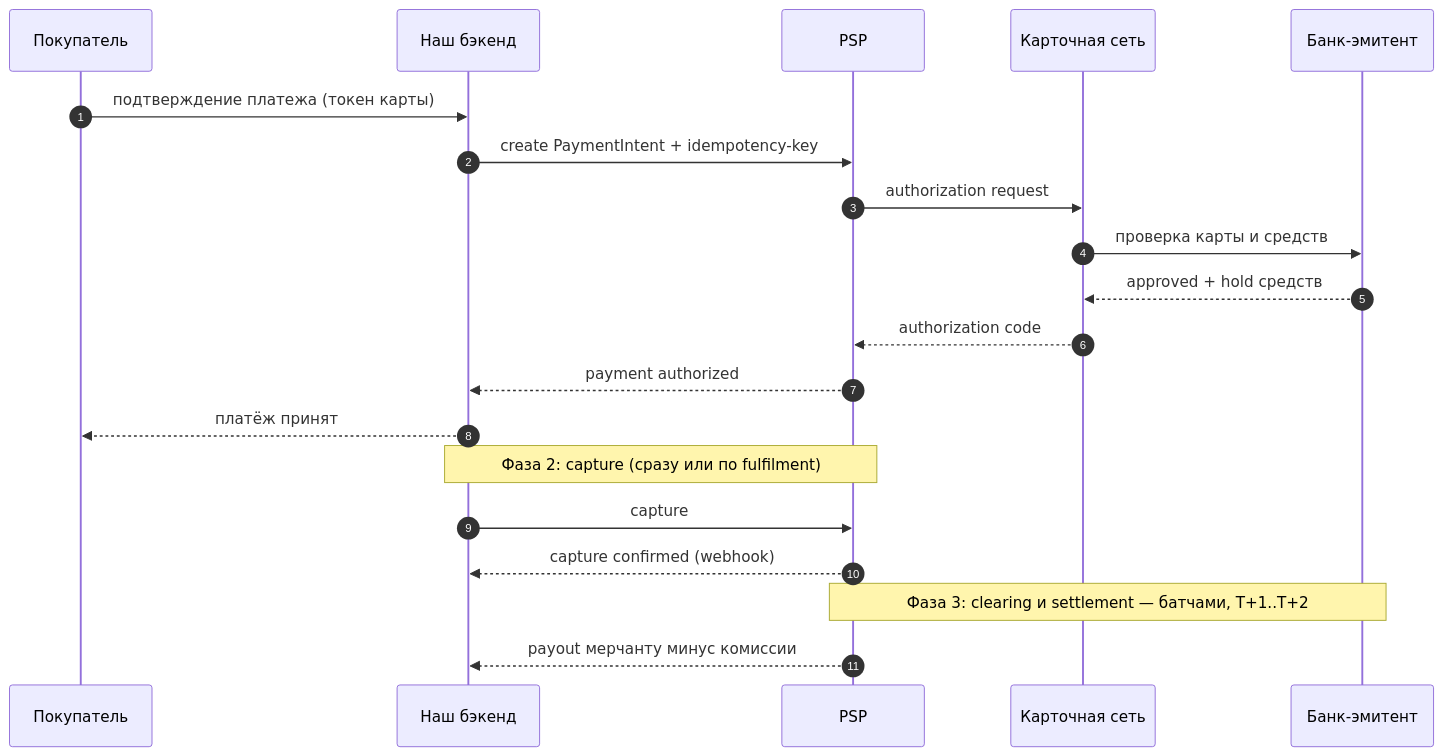
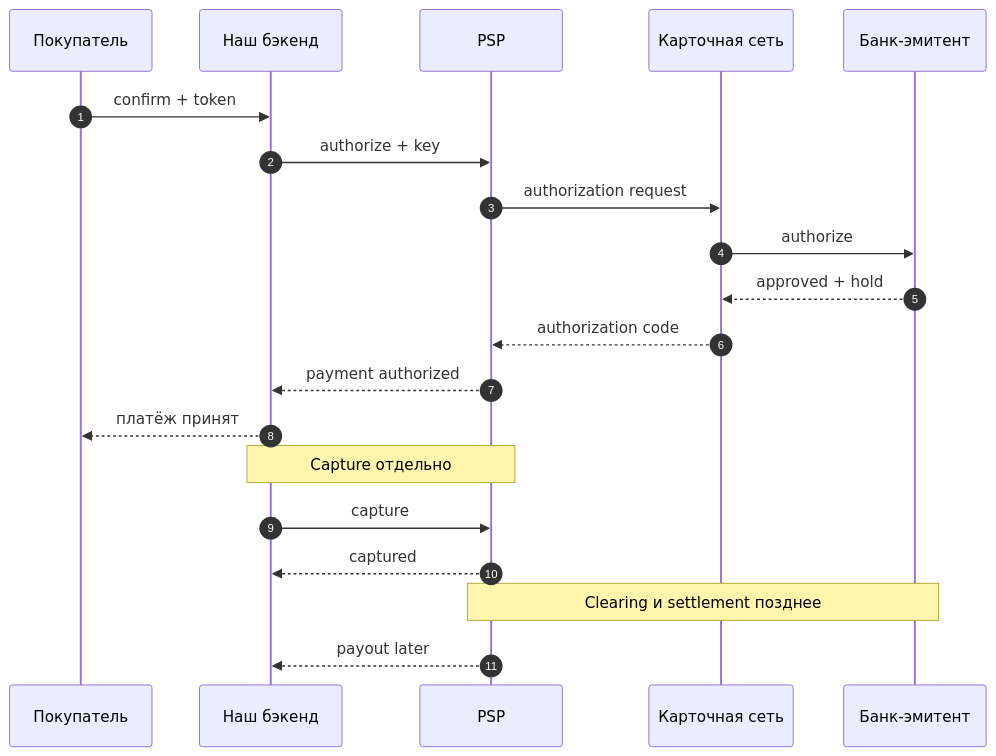
Before and after one commit to AlohaJava/system-design-interview-chamkin: the first of 6 diagrams in 02-case-studies/payment-system.md, drawn with Mermaid. The commit also changed other lines of this file and 49 other files, not shown here.

````diff
--- a/02-case-studies/payment-system.md
+++ b/02-case-studies/payment-system.md
@@ -61,23 +65,23 @@
 ```mermaid
 sequenceDiagram
     autonumber
     participant C as Покупатель
     participant B as Наш бэкенд
     participant P as PSP
     participant N as Карточная сеть
     participant I as Банк-эмитент
 
-    C->>B: подтверждение платежа (токен карты)
-    B->>P: create PaymentIntent + idempotency-key
+    C->>B: confirm + token
+    B->>P: authorize + key
     P->>N: authorization request
-    N->>I: проверка карты и средств
-    I-->>N: approved + hold средств
+    N->>I: authorize
+    I-->>N: approved + hold
     N-->>P: authorization code
     P-->>B: payment authorized
     B-->>C: платёж принят
-    Note over B,P: Фаза 2: capture (сразу или по fulfilment)
+    Note over B,P: Capture отдельно
     B->>P: capture
-    P-->>B: capture confirmed (webhook)
-    Note over P,I: Фаза 3: clearing и settlement — батчами, T+1..T+2
-    P-->>B: payout мерчанту минус комиссии
+    P-->>B: captured
+    Note over P,I: Clearing и settlement позднее
+    P-->>B: payout later
 ```
````
